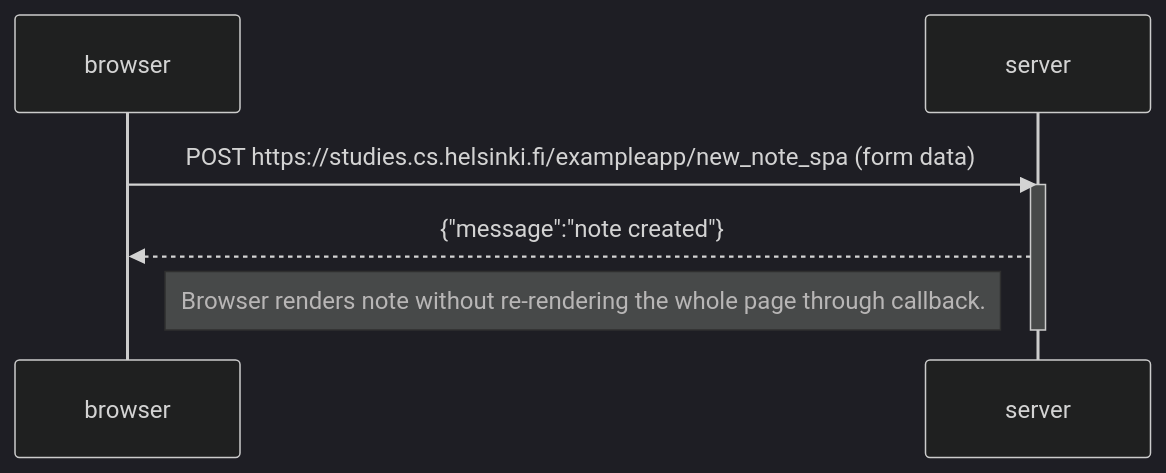
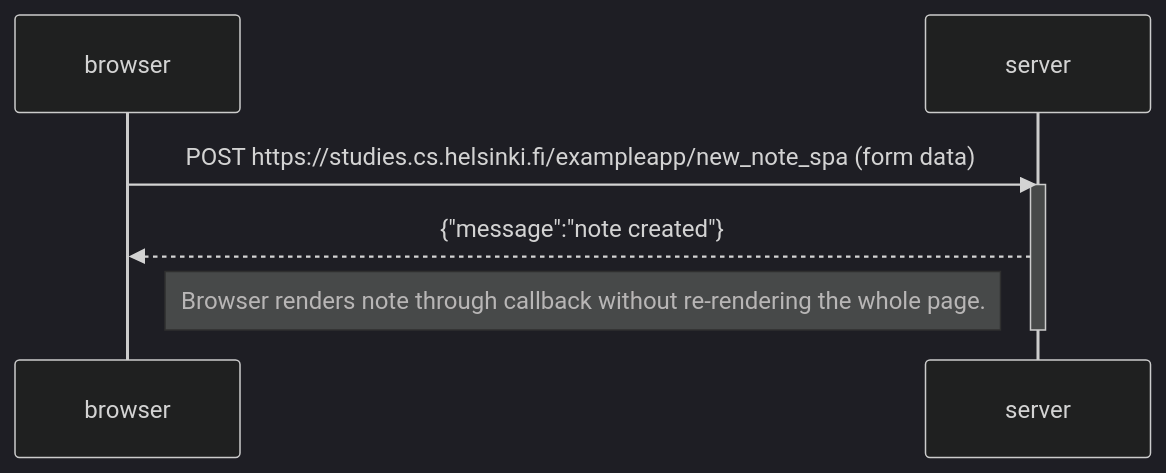
The diagram in part0/new_note_in_spa.md (66hakeem/FullStackOpen), drawn with Mermaid (dark theme) before and after one commit.

Commit message:
Update part0

````diff
--- a/part0/new_note_in_spa.md
+++ b/part0/new_note_in_spa.md
@@ -1,12 +1,12 @@
 ```mermaid
 sequenceDiagram
     participant browser
     participant server
 
     browser->>server: POST https://studies.cs.helsinki.fi/exampleapp/new_note_spa (form data)
     activate server
     server-->>browser: {"message":"note created"}
-    Note right of browser: Browser renders note without re-rendering the whole page through callback.
+    Note right of browser: Browser renders note through callback without re-rendering the whole page.
 
     deactivate server
 ```
````
